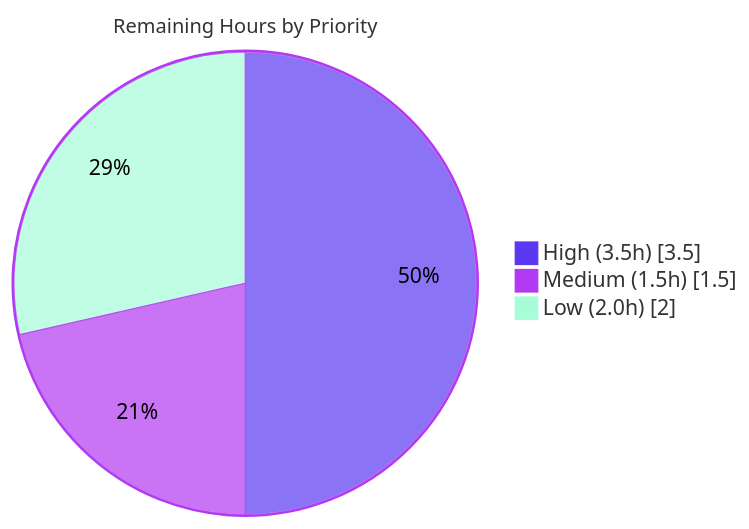
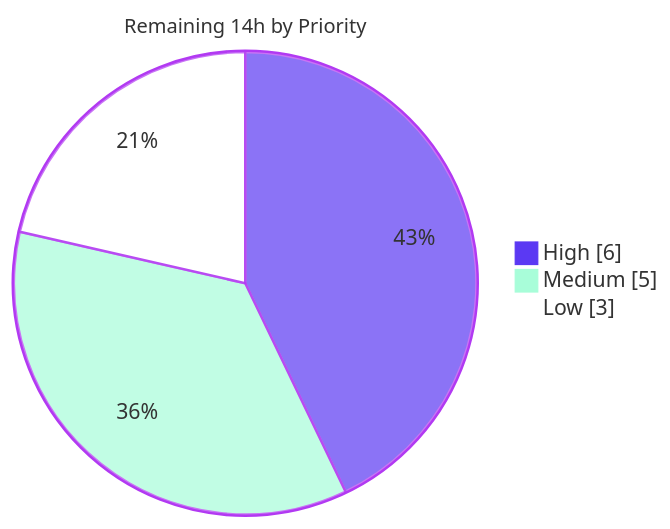
Before and after one commit to ajitblitzy/Society_Mngt_26-Jun-2026-Afternoon: the third of 3 diagrams in blitzy/documentation/Project Guide.md, drawn with Mermaid. The commit also changed other lines of this file, not shown here.

Commit message:
Adding Blitzy Project Guide: Project Status and Human Tasks Remaining

````diff
--- a/blitzy/documentation/Project Guide.md
+++ b/blitzy/documentation/Project Guide.md
@@ -228,7 +192,7 @@
 ```mermaid
-%%{init: {'theme':'base', 'themeVariables': {'pie1':'#5B39F3','pie2':'#B23AF2','pie3':'#A8FDD9','pieStrokeColor':'#B23AF2','pieOuterStrokeColor':'#B23AF2','pieSectionTextColor':'#000000','pieStrokeWidth':'1px','pieTitleTextSize':'16px'}}}%%
-pie showData title Remaining Hours by Priority
-    "High (3.5h)" : 3.5
-    "Medium (1.5h)" : 1.5
-    "Low (2.0h)" : 2.0
+%%{init: {'theme':'base','themeVariables':{'pie1':'#5B39F3','pie2':'#A8FDD9','pie3':'#FFFFFF','pieStrokeColor':'#B23AF2','pieStrokeWidth':'2px','pieOuterStrokeColor':'#B23AF2','pieSectionTextColor':'#333333','pieTitleTextSize':'16px'}}}%%
+pie showData title Remaining 14h by Priority
+    "High" : 6
+    "Medium" : 5
+    "Low" : 3
 ```
````
